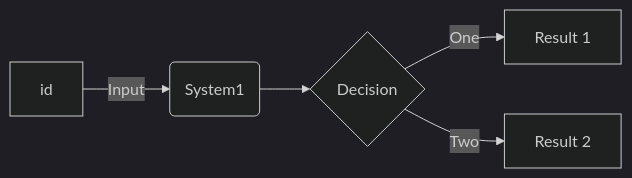
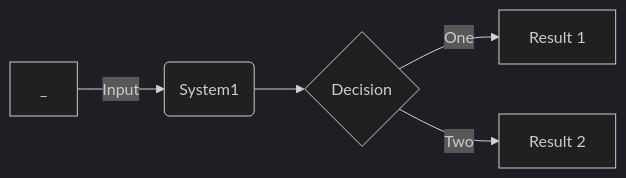
One commit to setrar/dsp changed the third of 3 diagrams in signal-processing/kutz/5/README.md. Above: the diagram before and after it, drawn with Mermaid (dark theme).

````diff
--- a/signal-processing/kutz/5/README.md
+++ b/signal-processing/kutz/5/README.md
@@ -54,8 +54,8 @@
 ```mermaid
 flowchart LR
 
-id -->|Input| B(System1)
+_ -->|Input| B(System1)
 B --> C{Decision}
 C -->|One| D[Result 1]
 C -->|Two| E[Result 2]
 ```
````
